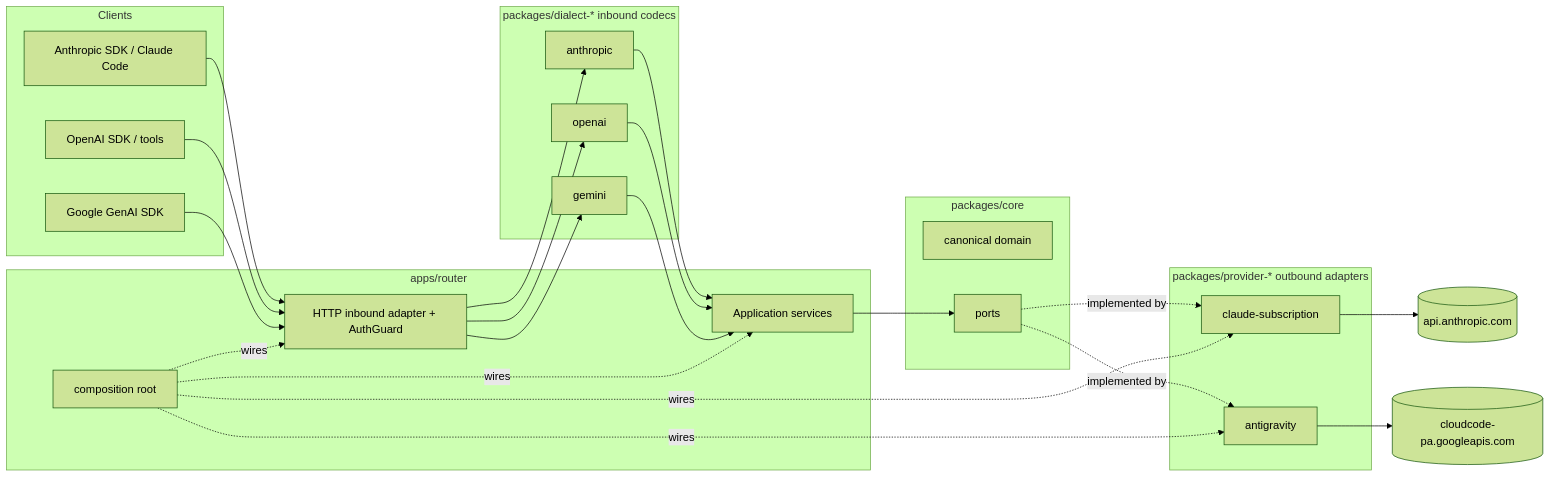
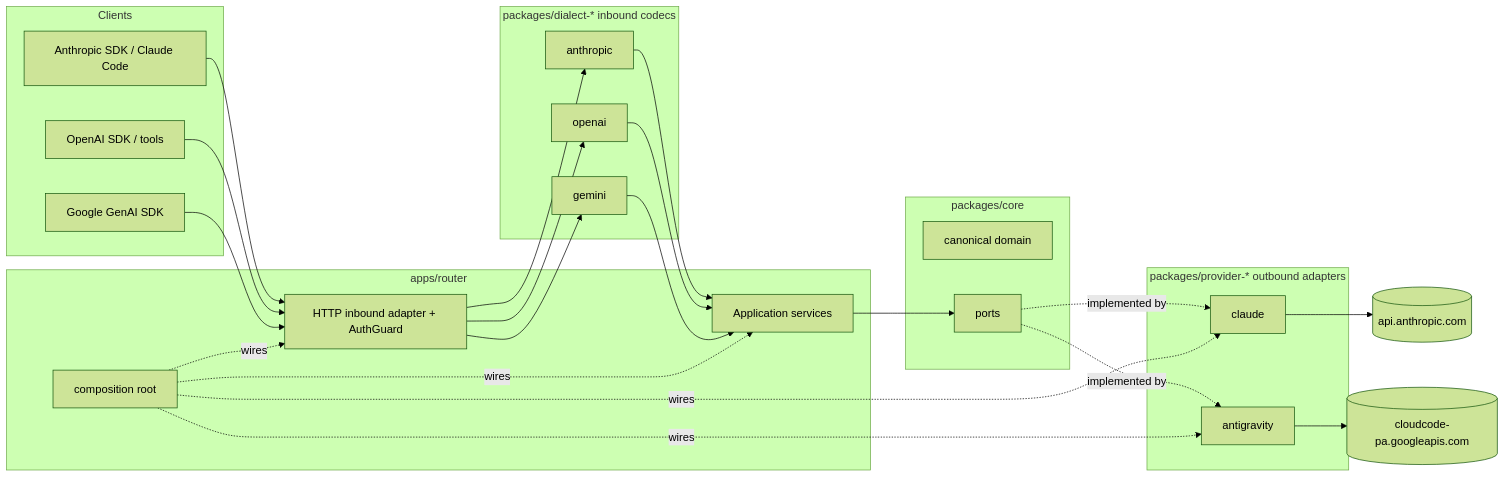
Before and after one commit to mavasbel-devtools/accounts-proxy: the diagram in README.md, drawn with Mermaid (forest theme). The commit also changed other lines of this file and 33 other files, not shown here.

First line of the commit message:
chore: Linux migration validation; provider id claude-subscription -> claude; private data dir modes

````diff
--- a/README.md
+++ b/README.md
@@ -55,35 +55,35 @@
 ```mermaid
 flowchart LR
   subgraph Clients
     A[Anthropic SDK / Claude Code]
     O[OpenAI SDK / tools]
     G[Google GenAI SDK]
   end
   subgraph apps/router
     H[HTTP inbound adapter + AuthGuard]
     S[Application services]
     C[composition root]
   end
   subgraph dialects[packages/dialect-*  inbound codecs]
     DA[anthropic]
     DO[openai]
     DG[gemini]
   end
   subgraph core[packages/core]
     D[canonical domain]
     P[ports]
   end
   subgraph providers[packages/provider-*  outbound adapters]
-    PC[claude-subscription]
+    PC[claude]
     PA[antigravity]
   end
   A --> H
   O --> H
   G --> H
   H --> DA & DO & DG --> S
   S --> P
   P -.implemented by.-> PC & PA
   PC --> X[(api.anthropic.com)]
   PA --> Y[(cloudcode-pa.googleapis.com)]
   C -.wires.-> H & S & PC & PA
 ```
````
